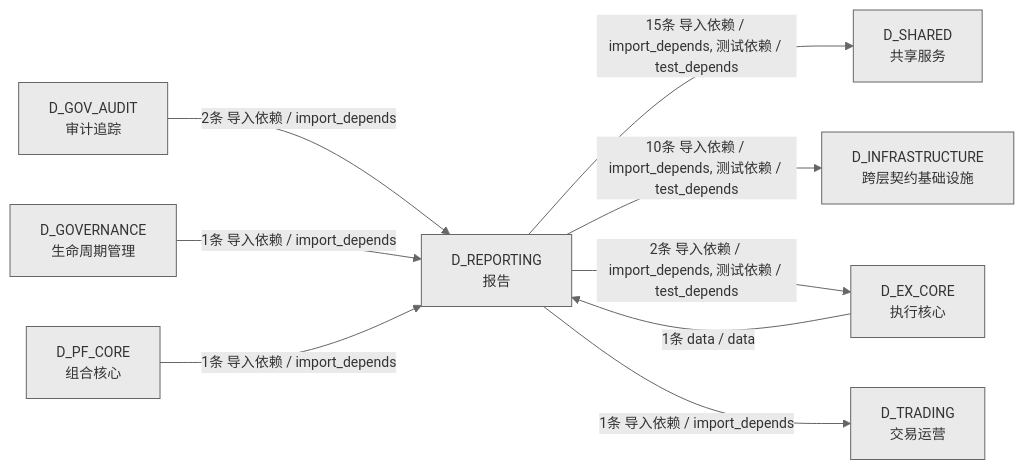
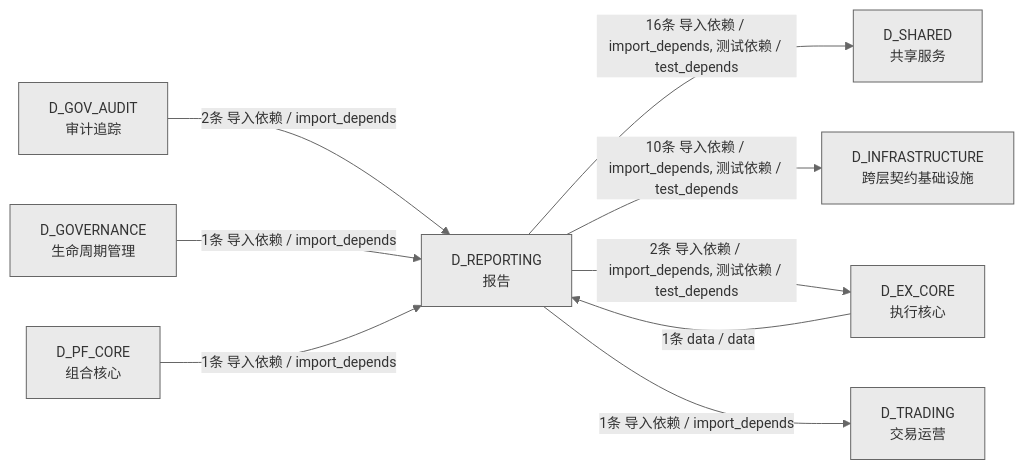
The fourth of 4 diagrams in docs/02_enterprise_architecture/02_domain_architecture_docs/26_d_reporting.md (xuanFelixVan/ZephyrAlpha), drawn with Mermaid before and after one commit. The commit also changed other lines of this file and 45 other files, not shown here.

````diff
--- a/docs/02_enterprise_architecture/02_domain_architecture_docs/26_d_reporting.md
+++ b/docs/02_enterprise_architecture/02_domain_architecture_docs/26_d_reporting.md
@@ -256,20 +275,20 @@
 ```mermaid
 %%{init: {'theme': 'base', 'themeVariables': {'primaryColor': '#eaeaea', 'primaryTextColor': '#333333', 'primaryBorderColor': '#666666', 'lineColor': '#666666', 'secondaryColor': '#eaeaea', 'tertiaryColor': '#eaeaea', 'fontSize': '14px'}}}%%
 graph LR
     D_REPORTING["D_REPORTING<br/>报告"]
     D_SHARED["D_SHARED<br/>共享服务"]
     D_INFRASTRUCTURE["D_INFRASTRUCTURE<br/>跨层契约基础设施"]
     D_EX_CORE["D_EX_CORE<br/>执行核心"]
     D_TRADING["D_TRADING<br/>交易运营"]
     D_GOV_AUDIT["D_GOV_AUDIT<br/>审计追踪"]
     D_GOVERNANCE["D_GOVERNANCE<br/>生命周期管理"]
     D_PF_CORE["D_PF_CORE<br/>组合核心"]
-    D_REPORTING -->|15条 导入依赖 / import_depends, 测试依赖 / test_depends| D_SHARED
+    D_REPORTING -->|16条 导入依赖 / import_depends, 测试依赖 / test_depends| D_SHARED
     D_REPORTING -->|10条 导入依赖 / import_depends, 测试依赖 / test_depends| D_INFRASTRUCTURE
     D_REPORTING -->|2条 导入依赖 / import_depends, 测试依赖 / test_depends| D_EX_CORE
     D_REPORTING -->|1条 导入依赖 / import_depends| D_TRADING
     D_GOV_AUDIT -->|2条 导入依赖 / import_depends| D_REPORTING
     D_EX_CORE -->|1条 data / data| D_REPORTING
     D_GOVERNANCE -->|1条 导入依赖 / import_depends| D_REPORTING
     D_PF_CORE -->|1条 导入依赖 / import_depends| D_REPORTING
 ```
````
